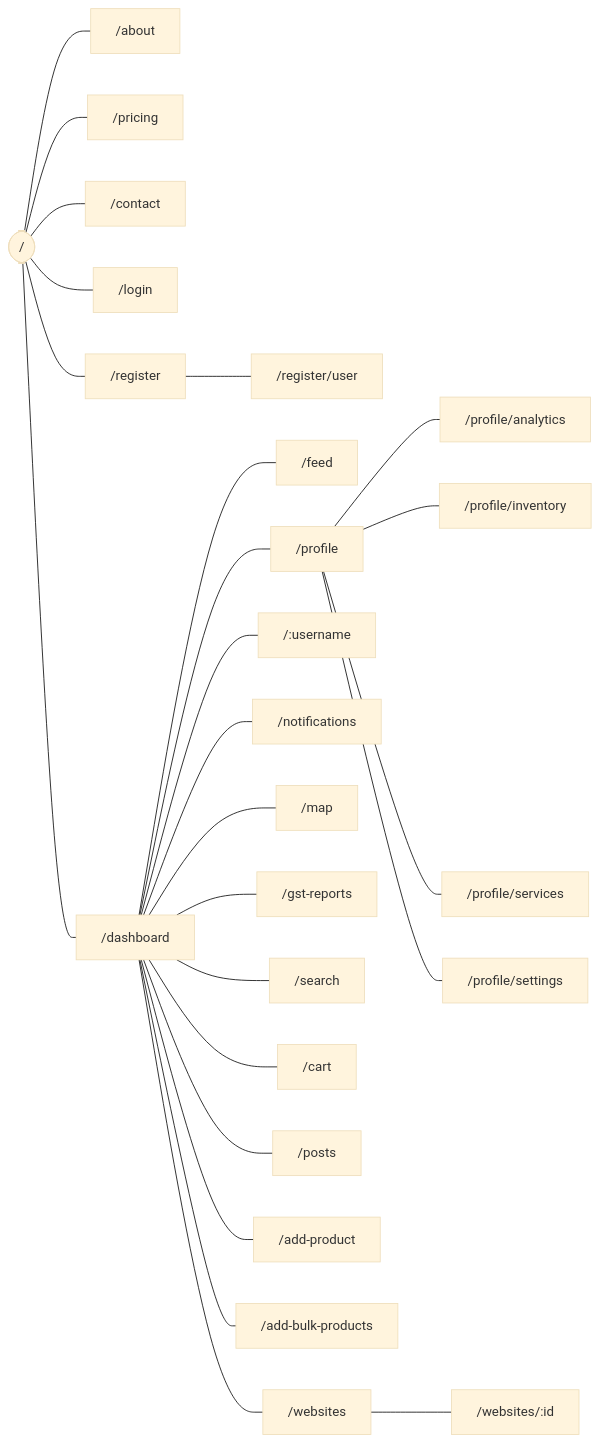
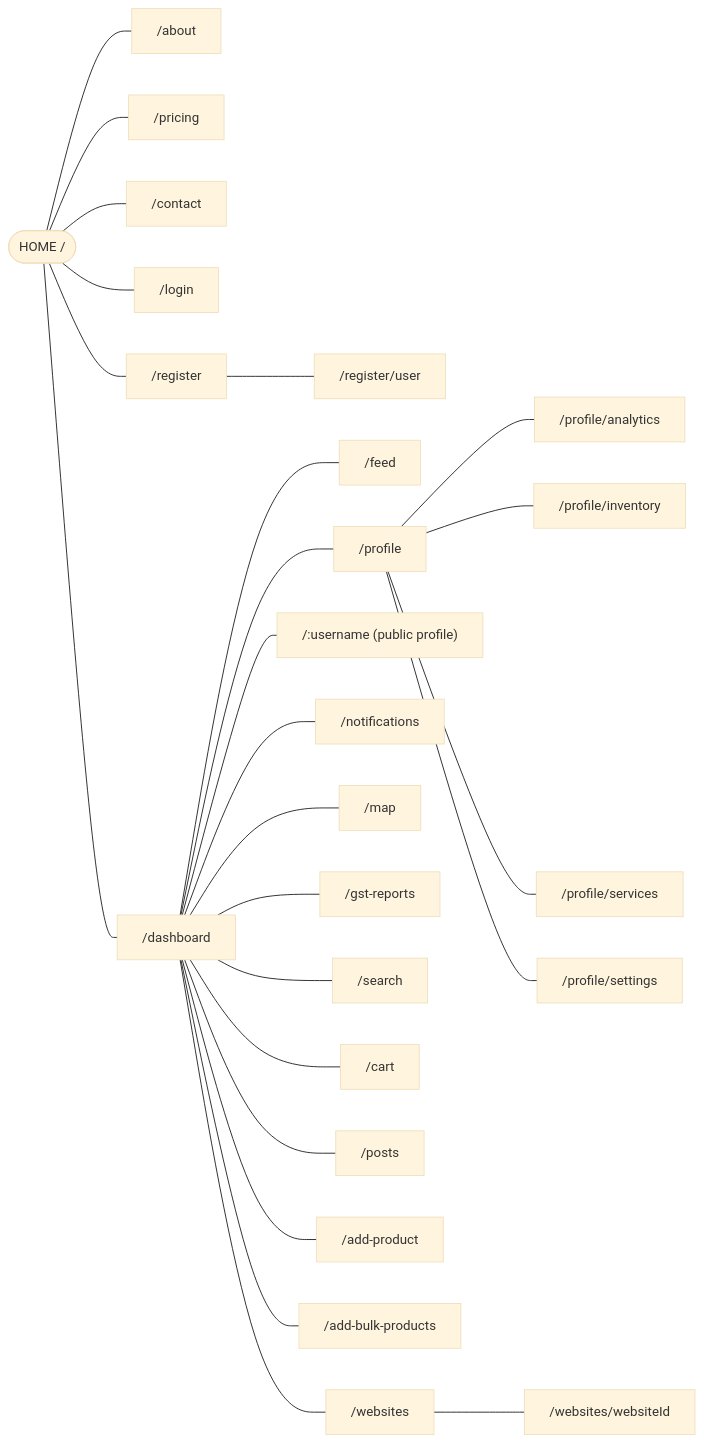
The eighth of 15 diagrams in README.md (hetref/technions-devally-2026), drawn with Mermaid (base theme) before and after one commit. The commit also changed other lines of this file and 1 other file, not shown here.

Commit message:
feat: add package-lock.json and refine mermaid diagrams in README for improved clarity.

````diff
--- a/README.md
+++ b/README.md
@@ -571,57 +571,57 @@
 ```mermaid
 flowchart LR
-    Root(["/"])
+    Root(["HOME /"])
     About["/about"]
     Pricing["/pricing"]
     Contact["/contact"]
 
     Login["/login"]
     Register["/register"]
     RegUser["/register/user"]
 
     Dashboard["/dashboard"]
     Feed["/feed"]
     Profile["/profile"]
     Analytics["/profile/analytics"]
     Inventory["/profile/inventory"]
     Services["/profile/services"]
     Settings["/profile/settings"]
-    PubProfile["/:username"]
+    PubProfile["/:username (public profile)"]
     Notif["/notifications"]
     Map["/map"]
     GST["/gst-reports"]
     Search["/search"]
     Cart["/cart"]
 
     Posts["/posts"]
     AddProd["/add-product"]
     BulkProd["/add-bulk-products"]
 
     Websites["/websites"]
-    Builder["/websites/:id"]
+    Builder["/websites/websiteId"]
 
     Root --- About
     Root --- Pricing
     Root --- Contact
     Root --- Login
     Root --- Register
     Register --- RegUser
     Root --- Dashboard
     Dashboard --- Feed
     Dashboard --- Profile
     Profile --- Analytics
     Profile --- Inventory
     Profile --- Services
     Profile --- Settings
     Dashboard --- PubProfile
     Dashboard --- Notif
     Dashboard --- Map
     Dashboard --- GST
     Dashboard --- Search
     Dashboard --- Cart
     Dashboard --- Posts
     Dashboard --- AddProd
     Dashboard --- BulkProd
     Dashboard --- Websites
     Websites --- Builder
 ```
````
